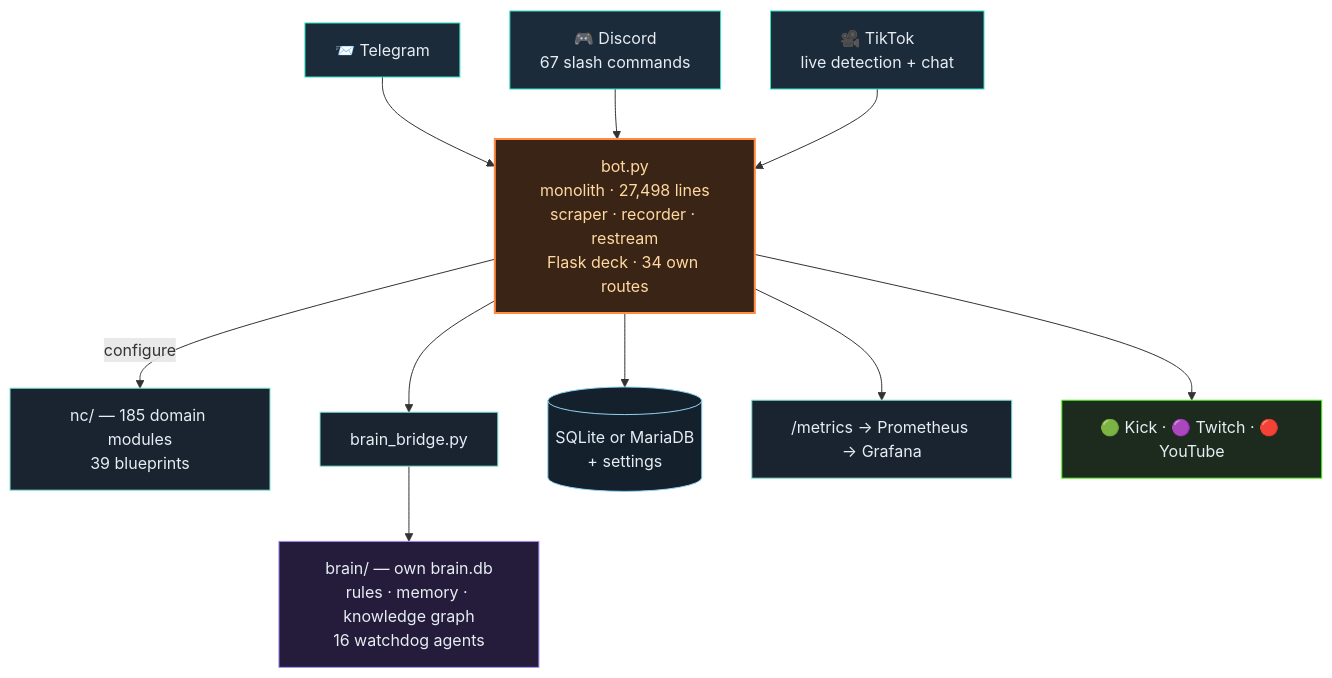
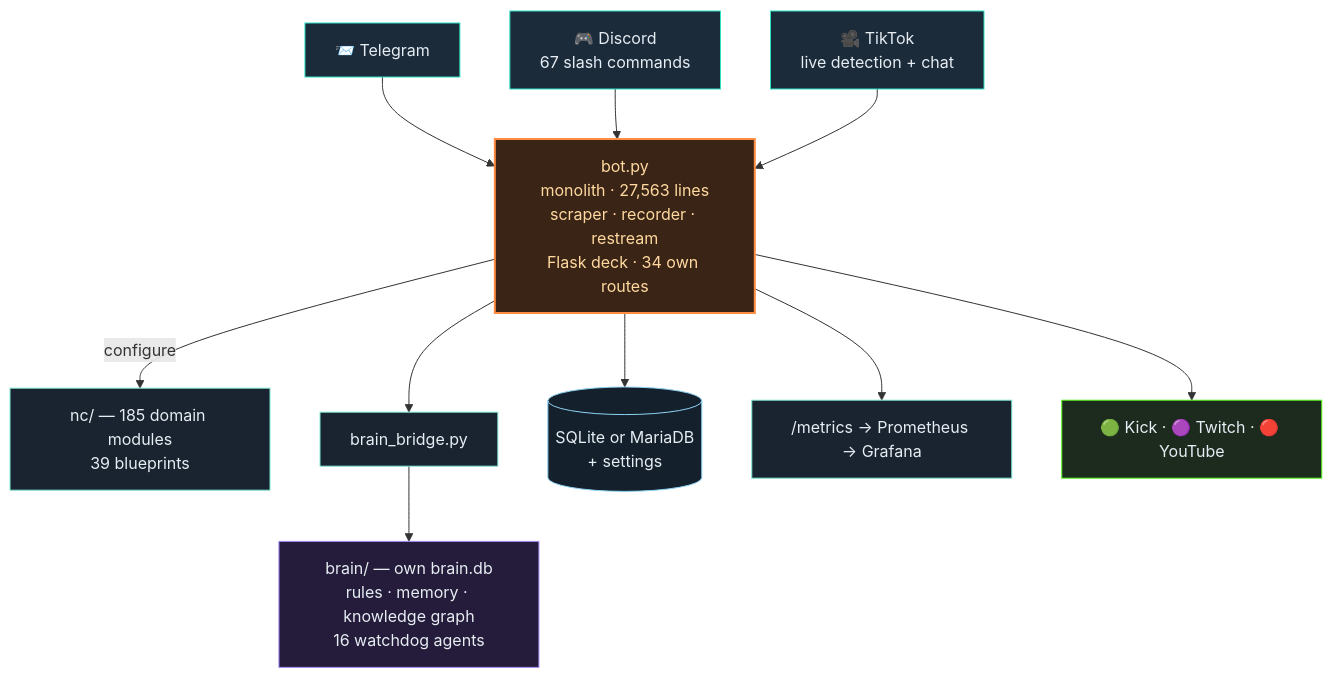
One commit to itsamemedev/Telegram-Stream-Info-Bot changed the second of 3 diagrams in README.en.md. Above: the diagram before and after it, drawn with Mermaid. The commit also changed other lines of this file and 32 other files, not shown here.

````diff
--- a/README.en.md
+++ b/README.en.md
@@ -119,19 +119,19 @@
 ```mermaid
 flowchart TB
     TG["📨 Telegram"]:::ein --> BOT
     DC["🎮 Discord<br/>67 slash commands"]:::ein --> BOT
     TT["🎥 TikTok<br/>live detection + chat"]:::ein --> BOT
-    BOT["bot.py<br/>monolith · 27,498 lines<br/>scraper · recorder · restream<br/>Flask deck · 34 own routes"]:::core
+    BOT["bot.py<br/>monolith · 27,563 lines<br/>scraper · recorder · restream<br/>Flask deck · 34 own routes"]:::core
     BOT -->|configure| NC["nc/ — 185 domain modules<br/>39 blueprints"]:::lib
     BOT --> BR["brain_bridge.py"]:::lib
     BR --> BRAIN["brain/ — own brain.db<br/>rules · memory · knowledge graph<br/>16 watchdog agents"]:::brain
     BOT --> DB[("SQLite or MariaDB<br/>+ settings")]:::db
     BOT --> PROM["/metrics → Prometheus → Grafana"]:::lib
     BOT --> OUT["🟢 Kick · 🟣 Twitch · 🔴 YouTube"]:::out
     classDef ein fill:#1c2b3a,stroke:#2de1c2,color:#e6edf3
     classDef core fill:#3a2415,stroke:#ff8c42,stroke-width:2px,color:#ffd9a0
     classDef lib fill:#1a2430,stroke:#7fe7d4,color:#e6edf3
     classDef brain fill:#241c3a,stroke:#a78bfa,color:#e6edf3
     classDef db fill:#14202c,stroke:#8fd3f4,color:#e6edf3
     classDef out fill:#1c2b1e,stroke:#53fc18,color:#e6edf3
 ```
````
